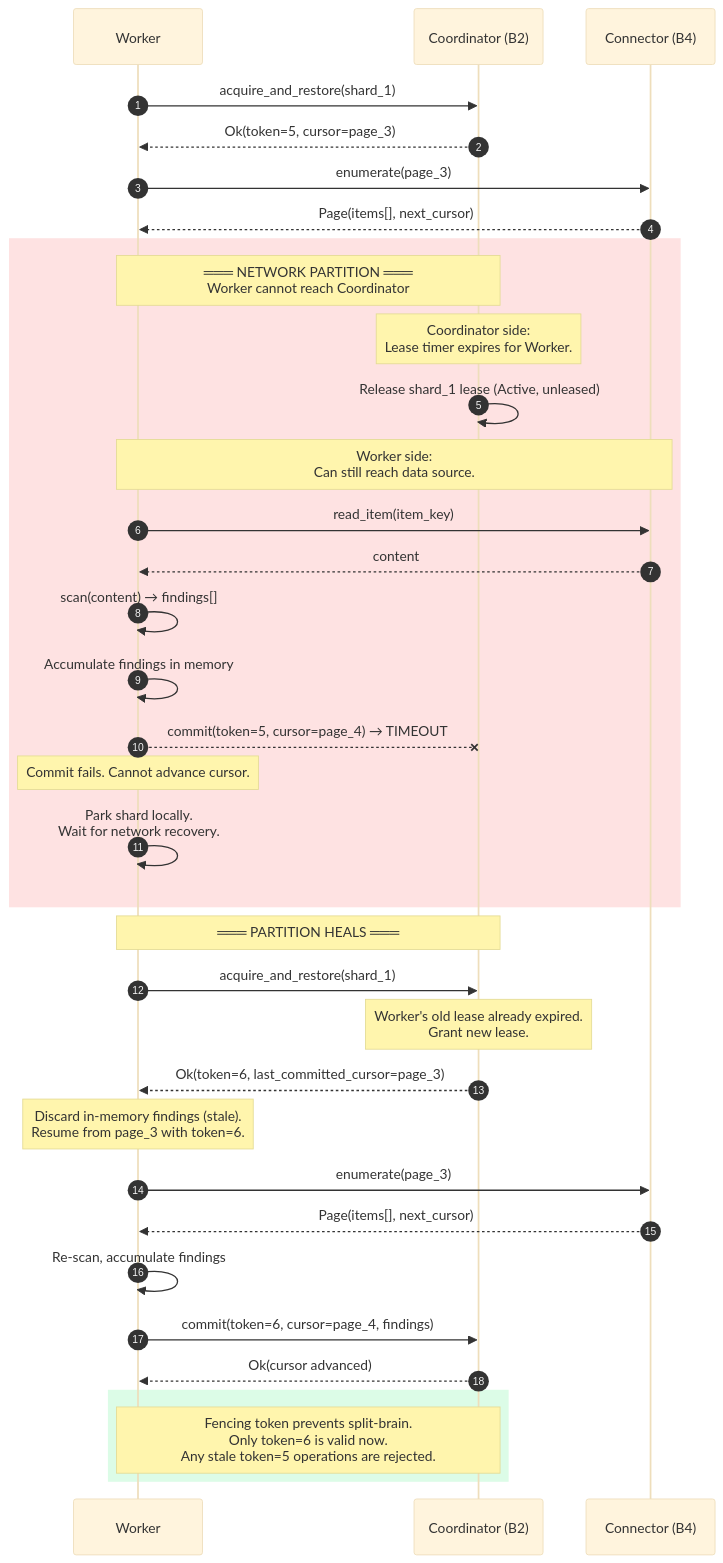
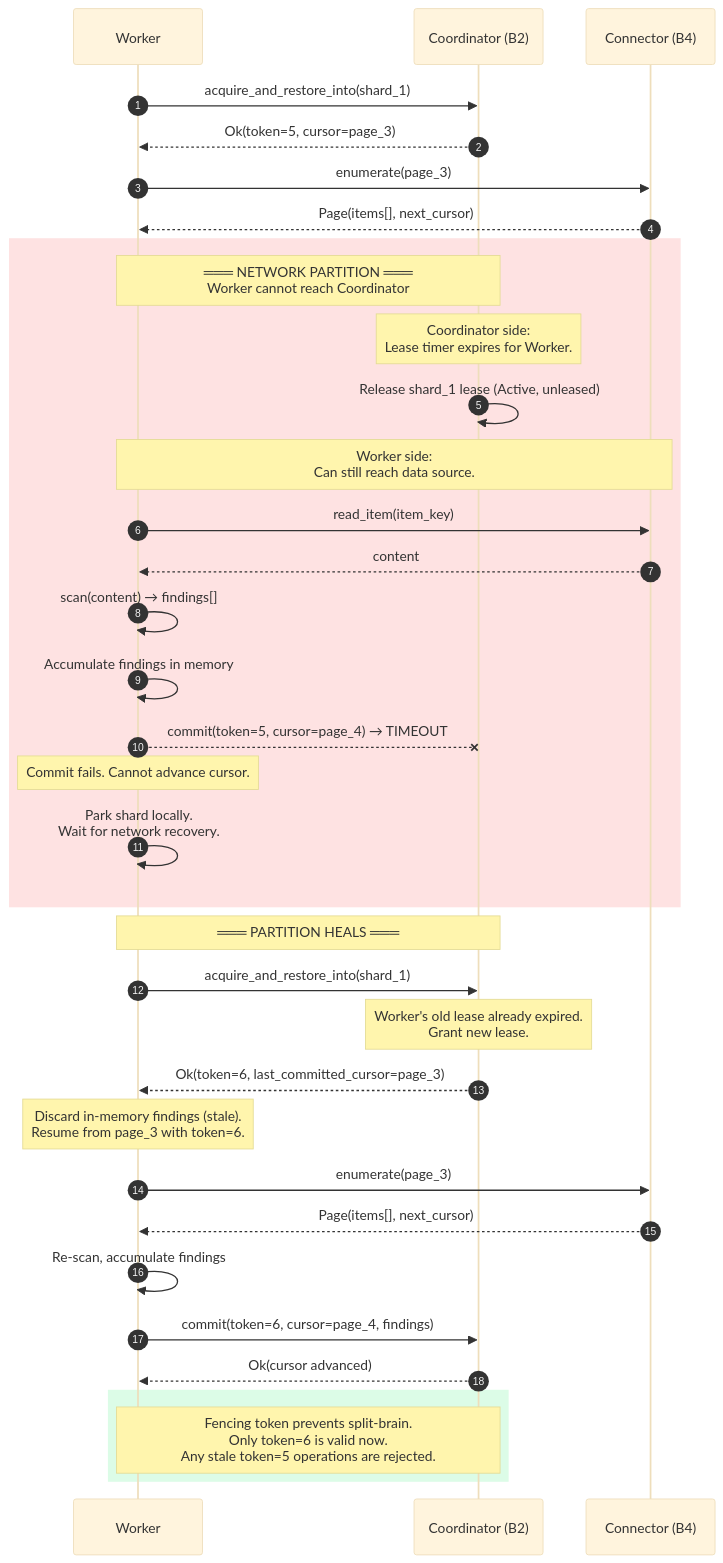
The third of 6 diagrams in diagrams/10-failure-modes-and-recovery.md (ahrav/Gossip-rs), drawn with Mermaid (base theme) before and after one commit. The commit also changed other lines of this file and 29 other files, not shown here.

First line of the commit message:
Update diagram directory inventory and diagram counts

````diff
--- a/diagrams/10-failure-modes-and-recovery.md
+++ b/diagrams/10-failure-modes-and-recovery.md
@@ -205,49 +205,49 @@
 ```mermaid
 %% Diagram: network-partition-worker-coordinator
 sequenceDiagram
     autonumber
     participant W as Worker
     participant CO as Coordinator (B2)
     participant CN as Connector (B4)
 
-    W->>CO: acquire_and_restore(shard_1)
+    W->>CO: acquire_and_restore_into(shard_1)
     CO-->>W: Ok(token=5, cursor=page_3)
 
     W->>CN: enumerate(page_3)
     CN-->>W: Page(items[], next_cursor)
 
     rect rgb(254, 226, 226)
         Note over W,CO: ═══ NETWORK PARTITION ═══<br/>Worker cannot reach Coordinator
 
         Note over CO: Coordinator side:<br/>Lease timer expires for Worker.
         CO->>CO: Release shard_1 lease (Active, unleased)
 
         Note over W,CN: Worker side:<br/>Can still reach data source.
         W->>CN: read_item(item_key)
         CN-->>W: content
         W->>W: scan(content) → findings[]
         W->>W: Accumulate findings in memory
 
         W--xCO: commit(token=5, cursor=page_4) → TIMEOUT
         Note over W: Commit fails. Cannot advance cursor.
 
         W->>W: Park shard locally.<br/>Wait for network recovery.
     end
 
     Note over W,CO: ═══ PARTITION HEALS ═══
 
-    W->>CO: acquire_and_restore(shard_1)
+    W->>CO: acquire_and_restore_into(shard_1)
     Note over CO: Worker's old lease already expired.<br/>Grant new lease.
     CO-->>W: Ok(token=6, last_committed_cursor=page_3)
 
     Note over W: Discard in-memory findings (stale).<br/>Resume from page_3 with token=6.
     W->>CN: enumerate(page_3)
     CN-->>W: Page(items[], next_cursor)
     W->>W: Re-scan, accumulate findings
     W->>CO: commit(token=6, cursor=page_4, findings)
     CO-->>W: Ok(cursor advanced)
 
     rect rgb(220, 252, 231)
         Note over W,CO: Fencing token prevents split-brain.<br/>Only token=6 is valid now.<br/>Any stale token=5 operations are rejected.
     end
 ```
````
